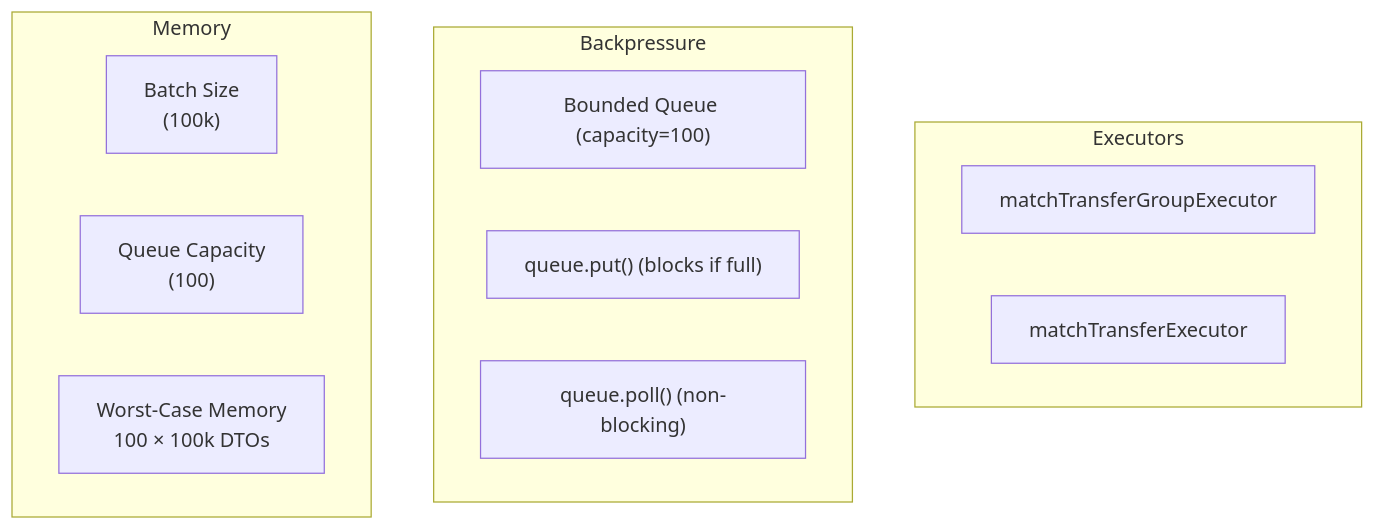
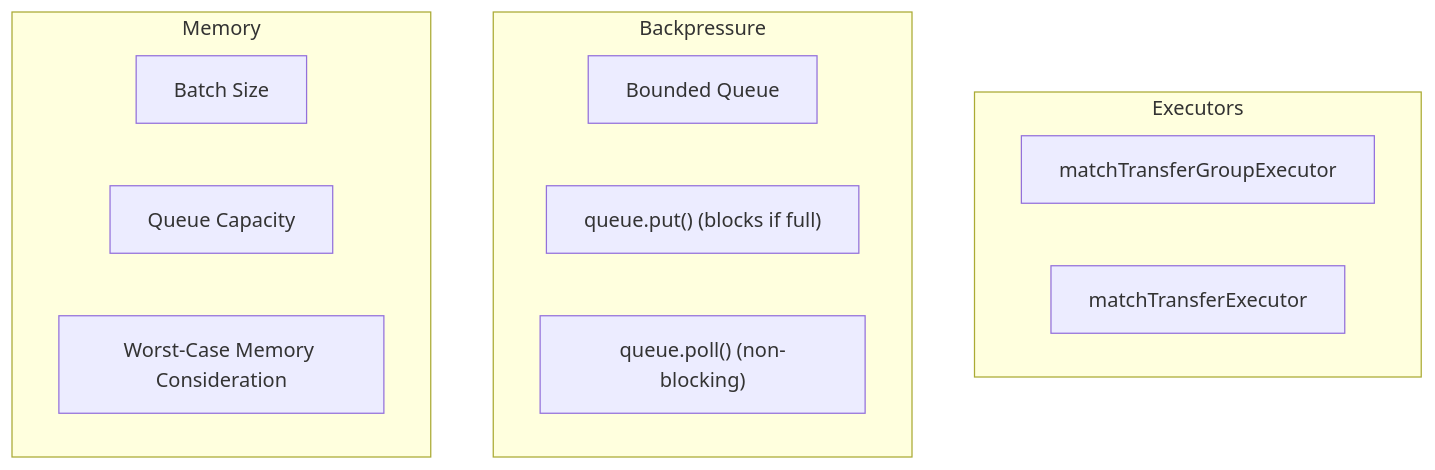
Before and after one commit to kagit00/schedule_x: the seventh of 10 diagrams in docs/High Level Designs/MatchesTransfer.md, drawn with Mermaid. The commit also changed other lines of this file and 7 other files, not shown here.

````diff
--- a/docs/High Level Designs/MatchesTransfer.md
+++ b/docs/High Level Designs/MatchesTransfer.md
@@ -205,20 +205,20 @@
 ```mermaid
 graph TD
   subgraph Executors
     E1["matchTransferGroupExecutor"]
     E2["matchTransferExecutor"]
   end
 
   subgraph Backpressure
-    B1["Bounded Queue (capacity=100)"]
+    B1["Bounded Queue"]
     B2["queue.put() (blocks if full)"]
     B3["queue.poll() (non-blocking)"]
   end
 
   subgraph Memory
-    M1["Batch Size\n(100k)"]
-    M2["Queue Capacity\n(100)"]
-    M3["Worst-Case Memory\n100 × 100k DTOs"]
+    M1["Batch Size"]
+    M2["Queue Capacity"]
+    M3["Worst-Case Memory Consideration"]
   end
 
 ```
````
